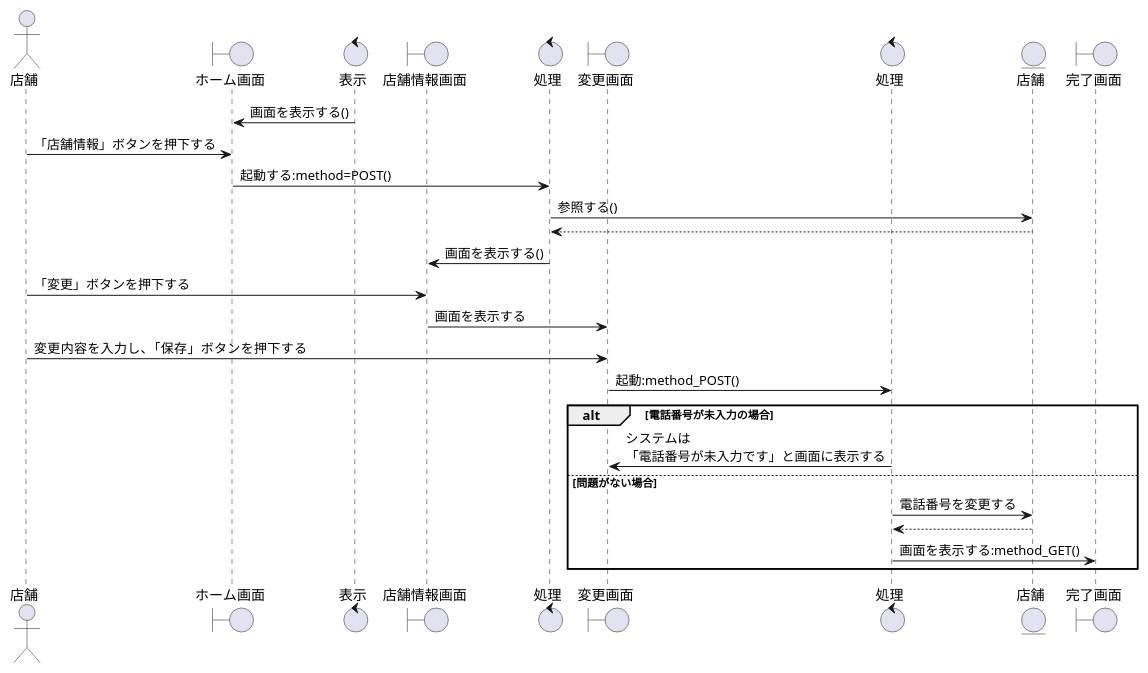
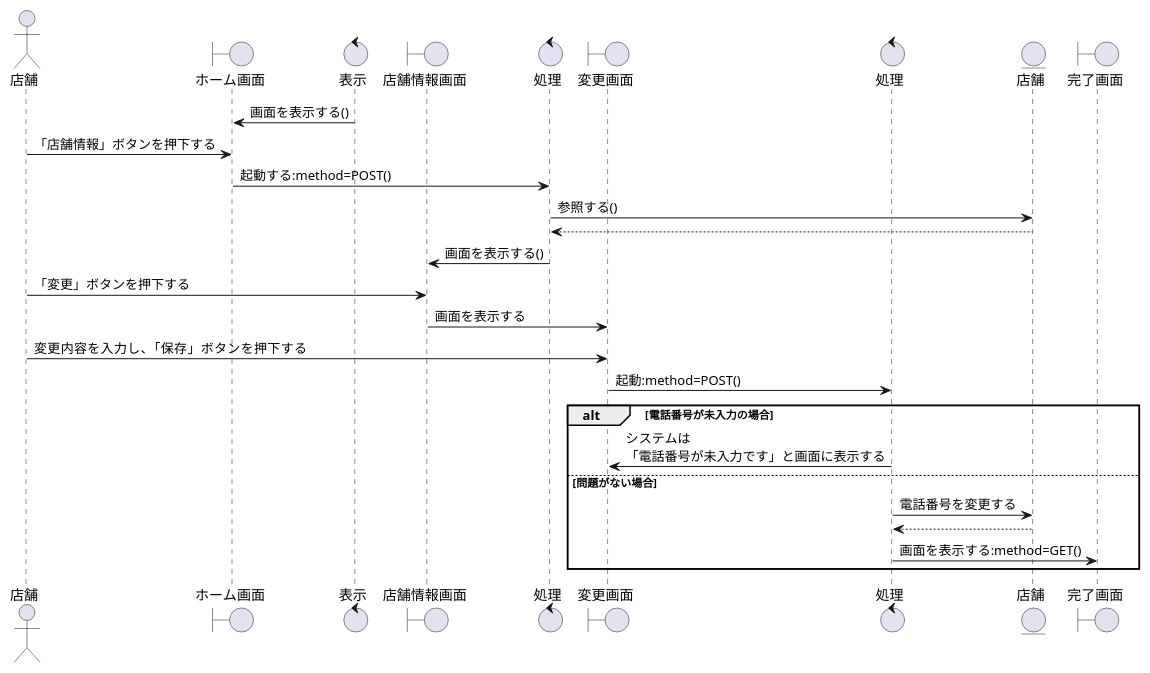
The diagram in sequence_fig/8_storeside_fn/11_店舗の情報を設定する.pu (irukacb256/high_Me), drawn with PlantUML before and after one commit. The commit also changed 13 other files, not shown here.

```diff
--- a/sequence_fig/8_storeside_fn/11_店舗の情報を設定する.pu
+++ b/sequence_fig/8_storeside_fn/11_店舗の情報を設定する.pu
@@ -1,35 +1,35 @@
 @startuml 店舗の情報を設定する
 
 actor 店舗 as cp1
 boundary ホーム画面 as b1
 control 表示 as co1
 boundary 店舗情報画面 as b2
 control 処理 as co2
 boundary 変更画面 as b3
 control 処理 as co3
 
 entity 店舗 as en1
 boundary 完了画面 as b4
 
 co1 -> b1 : 画面を表示する()
 cp1 -> b1 :「店舗情報」ボタンを押下する
 b1 -> co2 : 起動する:method=POST()
 co2 -> en1 :参照する()
 co2 <-- en1
 co2 -> b2 :画面を表示する()
 cp1 -> b2 :「変更」ボタンを押下する
 b2 -> b3 :画面を表示する
 cp1 -> b3 :変更内容を入力し、「保存」ボタンを押下する
-b3 -> co3 :起動:method_POST()
+b3 -> co3 :起動:method=POST()
 
 alt 電話番号が未入力の場合
 b3 <- co3 :システムは\n「電話番号が未入力です」と画面に表示する
 
 else 問題がない場合
 co3 -> en1 : 電話番号を変更する
 co3 <-- en1
-co3 -> b4 : 画面を表示する:method_GET()
+co3 -> b4 : 画面を表示する:method=GET()
 
 end
 
 @enduml
```
